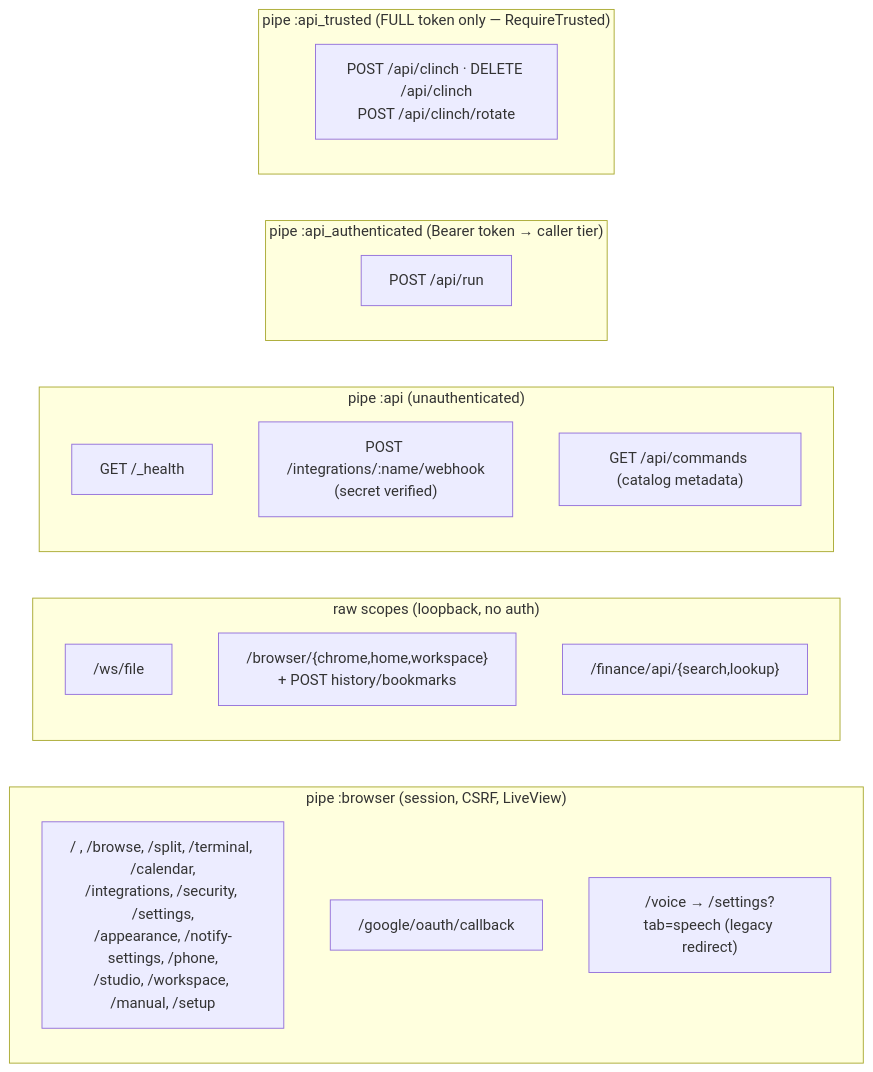
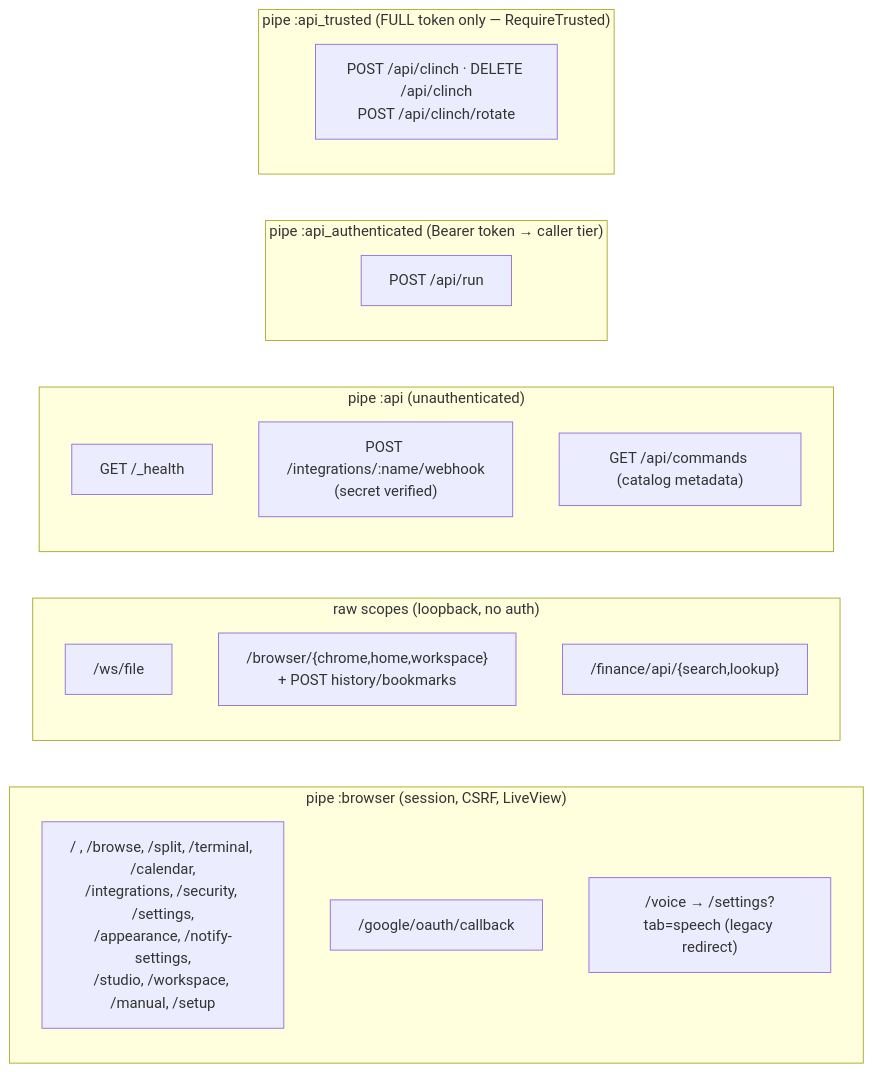
One commit to hightowerbuilds/buster-claw changed the eighth of 8 diagrams in docs/UML.md. Above: the diagram before and after it, drawn with Mermaid. The commit also changed 145 other files, not shown here.

````diff
--- a/docs/UML.md
+++ b/docs/UML.md
@@ -348,24 +348,24 @@
 ```mermaid
 flowchart LR
     subgraph browser["pipe :browser (session, CSRF, LiveView)"]
-        R1["/ , /browse, /split, /terminal, /calendar,<br/>/integrations, /security, /settings,<br/>/appearance, /notify-settings, /phone,<br/>/studio, /workspace, /manual, /setup"]
+        R1["/ , /browse, /split, /terminal, /calendar,<br/>/integrations, /security, /settings,<br/>/appearance, /notify-settings,<br/>/studio, /workspace, /manual, /setup"]
         R2["/google/oauth/callback"]
         R3["/voice → /settings?tab=speech (legacy redirect)"]
     end
     subgraph raw["raw scopes (loopback, no auth)"]
         W1["/ws/file"]
         W2["/browser/{chrome,home,workspace}<br/>+ POST history/bookmarks"]
         W3["/finance/api/{search,lookup}"]
     end
     subgraph api["pipe :api (unauthenticated)"]
         H1["GET /_health"]
         H2["POST /integrations/:name/webhook<br/>(secret verified)"]
         H4["GET /api/commands (catalog metadata)"]
     end
     subgraph auth["pipe :api_authenticated (Bearer token → caller tier)"]
         A1["POST /api/run"]
     end
     subgraph trusted["pipe :api_trusted (FULL token only — RequireTrusted)"]
         C1["POST /api/clinch · DELETE /api/clinch<br/>POST /api/clinch/rotate"]
     end
 ```
````
